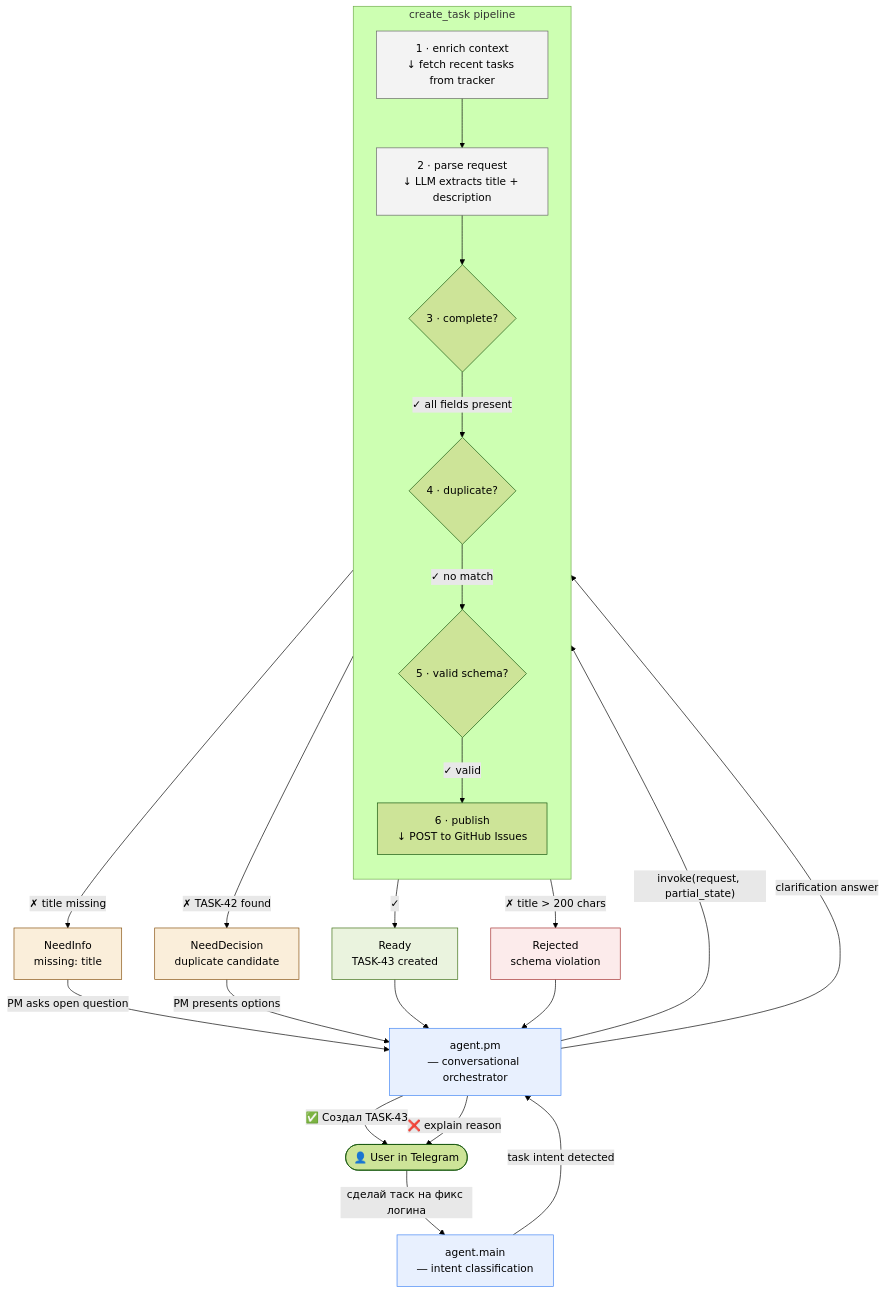
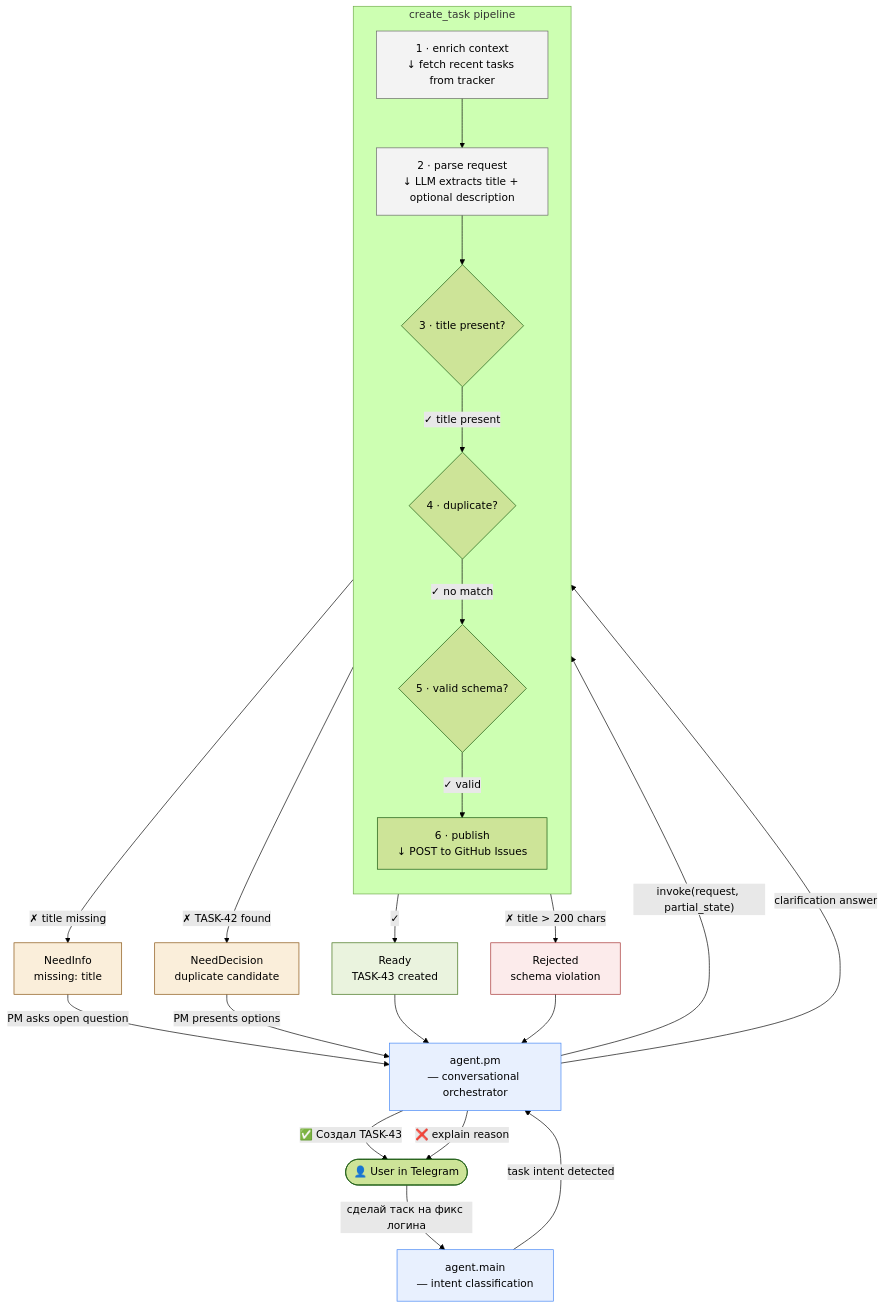
One commit to Kuzmin-Dmitry/yaaf changed the diagram in README.md. Above: the diagram before and after it, drawn with Mermaid (forest theme). The commit also changed other lines of this file and 14 other files, not shown here.

````diff
--- a/README.md
+++ b/README.md
@@ -33,47 +33,47 @@
 ```mermaid
 flowchart TD
     User([👤 User in Telegram]) -->|"сделай таск на фикс логина"| Main["agent.main\n― intent classification"]
     Main -->|task intent detected| PM["agent.pm\n― conversational orchestrator"]
     PM -->|"invoke(request, partial_state)"| Pipeline
 
     subgraph Pipeline["create_task pipeline"]
         direction TB
         S1["1 · enrich context\n↓ fetch recent tasks from tracker"]
-        S2["2 · parse request\n↓ LLM extracts title + description"]
-        S3{"3 · complete?"}
+        S2["2 · parse request\n↓ LLM extracts title + optional description"]
+        S3{"3 · title present?"}
         S4{"4 · duplicate?"}
         S5{"5 · valid schema?"}
         S6["6 · publish\n↓ POST to GitHub Issues"]
 
         S1 --> S2 --> S3
-        S3 -->|"✓ all fields present"| S4
+        S3 -->|"✓ title present"| S4
         S4 -->|"✓ no match"| S5
         S5 -->|"✓ valid"| S6
     end
 
     S3 -->|"✗ title missing"| NI["NeedInfo\nmissing: title"]
     S4 -->|"✗ TASK-42 found"| ND["NeedDecision\nduplicate candidate"]
     S5 -->|"✗ title > 200 chars"| RJ["Rejected\nschema violation"]
     S6 -->|"✓"| OK["Ready\nTASK-43 created"]
 
     NI -->|PM asks open question| PM
     ND -->|PM presents options| PM
     PM -->|clarification answer| Pipeline
 
     OK --> PM
     PM -->|"✅ Создал TASK-43"| User
     RJ --> PM
     PM -->|"❌ explain reason"| User
 
     classDef agent fill:#E8F0FE,stroke:#4285F4
     classDef step fill:#F3F3F3,stroke:#666
     classDef ok fill:#EAF3DE,stroke:#3B6D11
     classDef warn fill:#FAEEDA,stroke:#854F0B
     classDef err fill:#FCEBEB,stroke:#A32D2D
 
     class Main,PM agent
     class S1,S2 step
     class OK ok
     class NI,ND warn
     class RJ err
 ```
````
